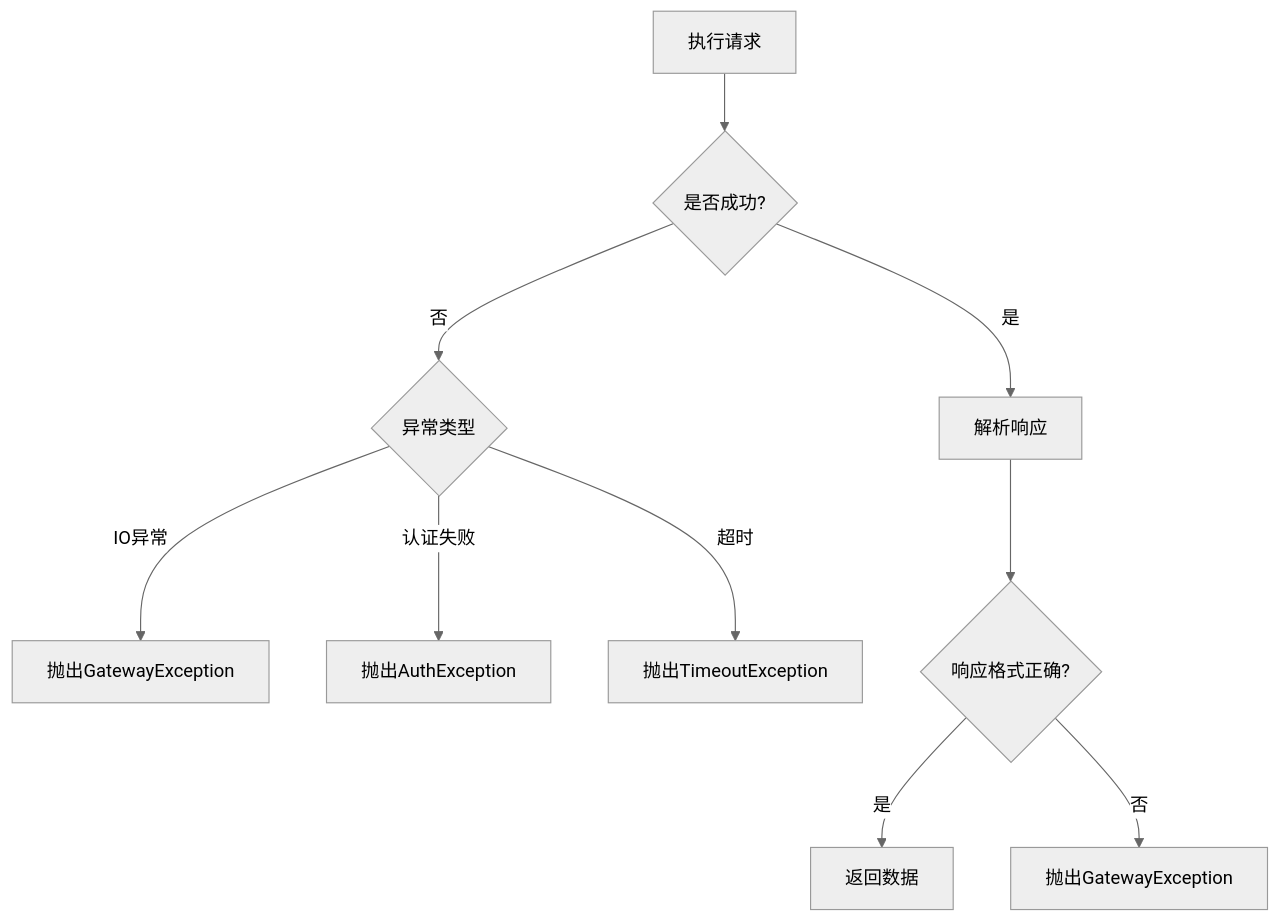
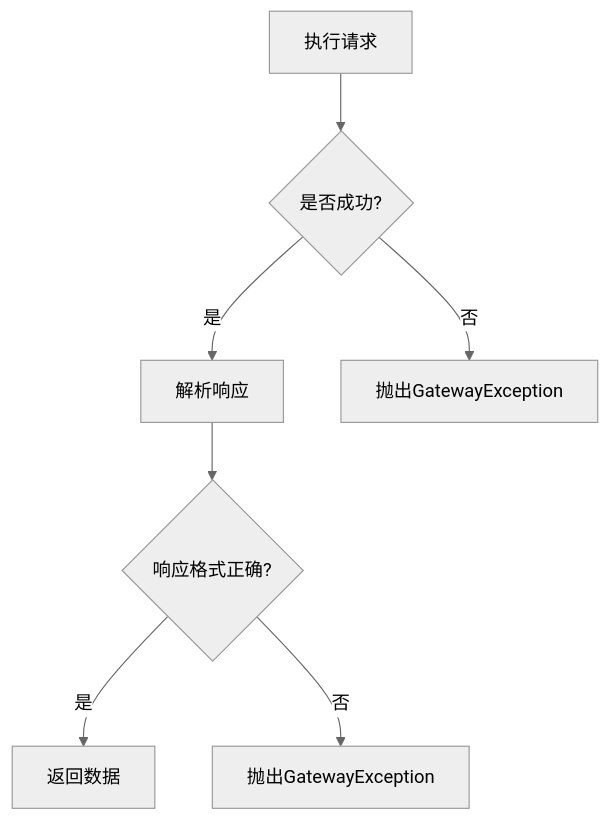
The second of 2 diagrams in docs/项目文档/服务发送SDK/3. 详情介绍.md (1973034392/api-gateway-codelong), drawn with Mermaid (neutral theme) before and after one commit. The commit also changed other lines of this file and 3 other files, not shown here.

````diff
--- a/docs/项目文档/服务发送SDK/3. 详情介绍.md
+++ b/docs/项目文档/服务发送SDK/3. 详情介绍.md
@@ -31,12 +31,9 @@
 ```mermaid
 graph TD
     A[执行请求] --> B{是否成功?}
     B -->|是| C[解析响应]
-    B -->|否| D{异常类型}
-    D -->|IO异常| E[抛出GatewayException]
-    D -->|认证失败| F[抛出AuthException]
-    D -->|超时| G[抛出TimeoutException]
+    B -->|否| D[抛出GatewayException]
     C --> H{响应格式正确?}
     H -->|是| I[返回数据]
     H -->|否| J[抛出GatewayException]
 ```
````
